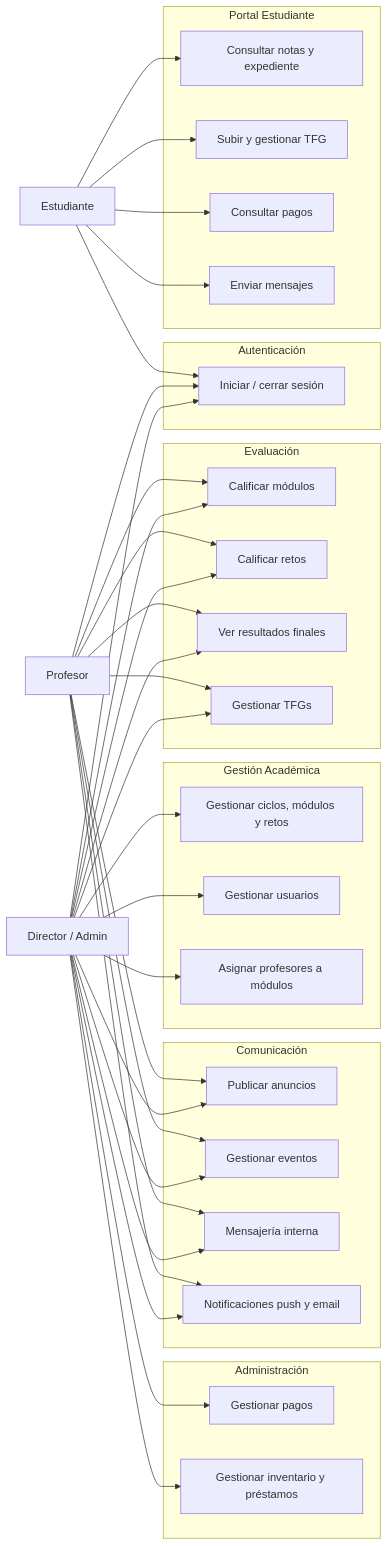
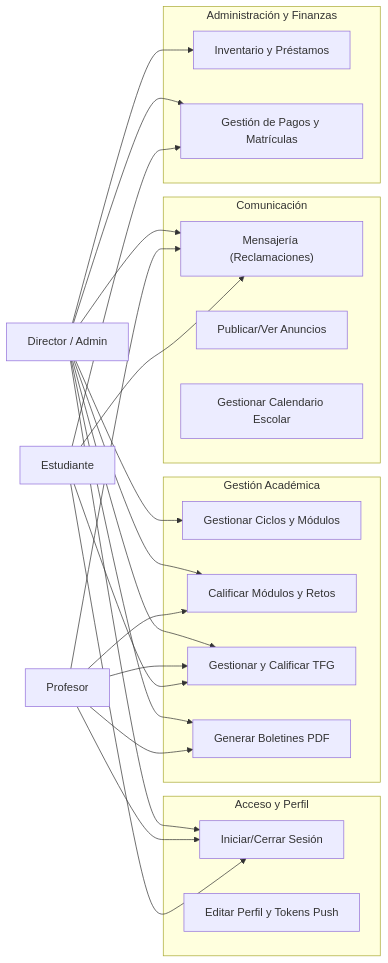
The diagram in prompt_casos_uso.md (yassinlahhit95/pfc), drawn with Mermaid before and after one commit. The commit also changed other lines of this file and 10 other files, not shown here.

````diff
--- a/prompt_casos_uso.md
+++ b/prompt_casos_uso.md
@@ -74,76 +45,51 @@
 ```mermaid
 flowchart LR
     DIR["Director / Admin"]
     PRO["Profesor"]
     EST["Estudiante"]
 
-    subgraph AUTH["Autenticación"]
-        UC0["Iniciar / cerrar sesión"]
+    subgraph GLOBAL["Acceso y Perfil"]
+        UC_LOG["Iniciar/Cerrar Sesión"]
+        UC_PRF["Editar Perfil y Tokens Push"]
     end
 
-    subgraph ACADEM["Gestión Académica"]
-        UC1["Gestionar ciclos, módulos y retos"]
-        UC2["Gestionar usuarios"]
-        UC3["Asignar profesores a módulos"]
+    subgraph ACAD["Gestión Académica"]
+        UC_MOD["Gestionar Ciclos y Módulos"]
+        UC_CAL["Calificar Módulos y Retos"]
+        UC_TFG["Gestionar y Calificar TFG"]
+        UC_PDF["Generar Boletines PDF"]
     end
 
-    subgraph EVAL["Evaluación"]
-        UC5["Calificar módulos"]
-        UC6["Calificar retos"]
-        UC7["Ver resultados finales"]
-        UC8["Gestionar TFGs"]
+    subgraph COM["Comunicación"]
+        UC_MSG["Mensajería (Reclamaciones)"]
+        UC_ANU["Publicar/Ver Anuncios"]
+        UC_EVE["Gestionar Calendario Escolar"]
     end
 
-    subgraph ADMIN["Administración"]
-        UC9["Gestionar pagos"]
-        UC10["Gestionar inventario y préstamos"]
+    subgraph ADM["Administración y Finanzas"]
+        UC_INV["Inventario y Préstamos"]
+        UC_PAG["Gestión de Pagos y Matrículas"]
     end
 
-    subgraph COMUN["Comunicación"]
-        UC11["Publicar anuncios"]
-        UC12["Gestionar eventos"]
-        UC13["Mensajería interna"]
-        UC14["Notificaciones push y email"]
-    end
+    DIR --> UC_LOG
+    PRO --> UC_LOG
+    EST --> UC_LOG
 
-    subgraph ESTUD["Portal Estudiante"]
-        UC15["Consultar notas y expediente"]
-        UC16["Subir y gestionar TFG"]
-        UC17["Consultar pagos"]
-        UC18["Enviar mensajes"]
-    end
+    DIR --> UC_MOD
+    DIR --> UC_CAL
+    PRO --> UC_CAL
+    DIR --> UC_TFG
+    PRO --> UC_TFG
+    EST --> UC_TFG
 
-    DIR --> UC0
-    PRO --> UC0
-    EST --> UC0
+    DIR --> UC_MSG
+    PRO --> UC_MSG
+    EST --> UC_MSG
+    
+    DIR --> UC_INV
+    DIR --> UC_PAG
+    EST --> UC_PAG
 
-    DIR --> UC1
-    DIR --> UC2
-    DIR --> UC3
-
-    DIR --> UC5
-    DIR --> UC6
-    DIR --> UC7
-    DIR --> UC8
-    PRO --> UC5
-    PRO --> UC6
-    PRO --> UC7
-    PRO --> UC8
-
-    DIR --> UC9
-    DIR --> UC10
-
-    DIR --> UC11
-    DIR --> UC12
-    DIR --> UC13
-    DIR --> UC14
-    PRO --> UC11
-    PRO --> UC12
-    PRO --> UC13
-    PRO --> UC14
-
-    EST --> UC15
-    EST --> UC16
-    EST --> UC17
-    EST --> UC18
+    DIR --> UC_PDF
+    PRO --> UC_PDF
 ```
````
